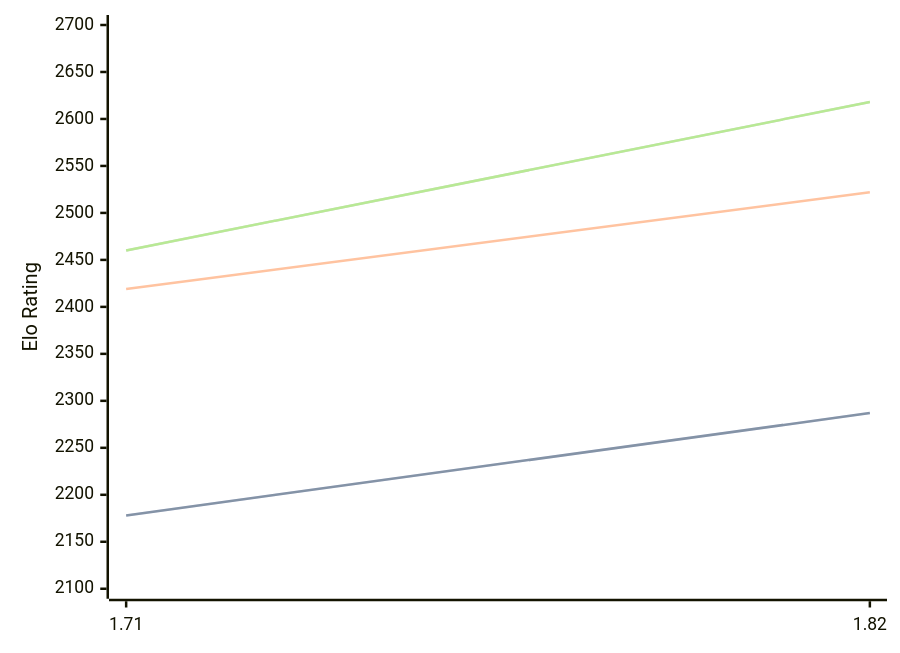
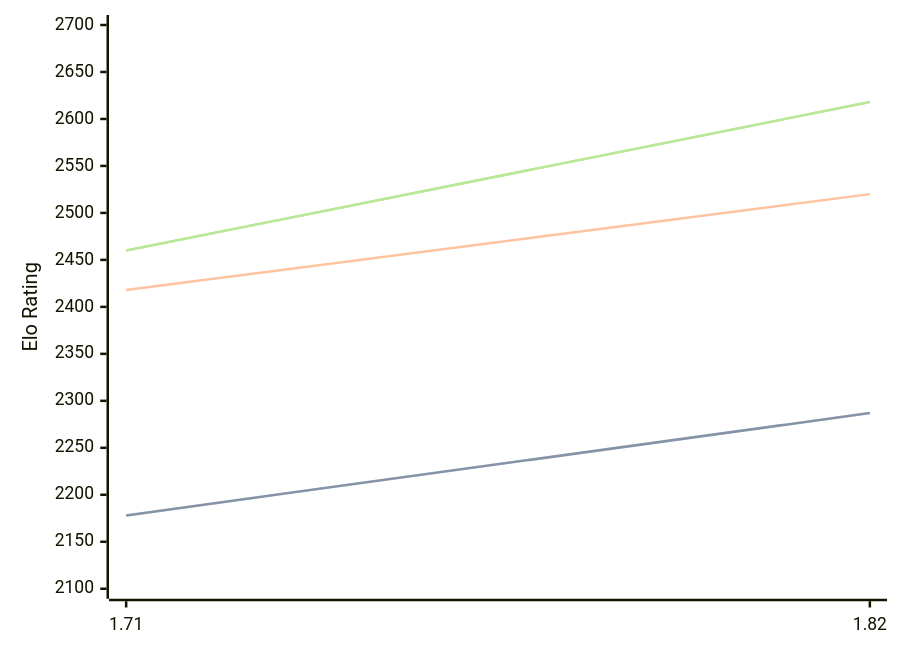
Before and after one commit to computer-chess-index/cci: the diagram in engines/Amira.md, drawn with Mermaid. The commit also changed other lines of this file, not shown here.

````diff
--- a/engines/Amira.md
+++ b/engines/Amira.md
@@ -35,11 +35,11 @@
 ```mermaid
 %%{init: {"theme":"base","themeVariables":{"seriesColors:['#a3a3a3','#222221','#faa371']}}}%%
 xychart-beta
   x-axis ["1.71", "1.82"]
   y-axis "Elo Rating" 2100 --> 2700
   line "STC (8.0+0.08s)" [2178, 2287]
   line "STC (8.0+0.08s)" [2178, 2287]
-  line "LTC (60.0+0.60s)" [2419, 2522]
+  line "LTC (60.0+0.60s)" [2418, 2520]
   line "VLTC (2m24s+1.12s)" [2460, 2618]
   line "VLTC (2m24s+1.12s)" [2460, 2618]
 ```
````
